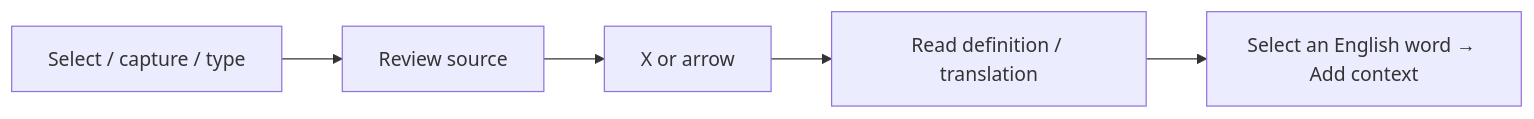
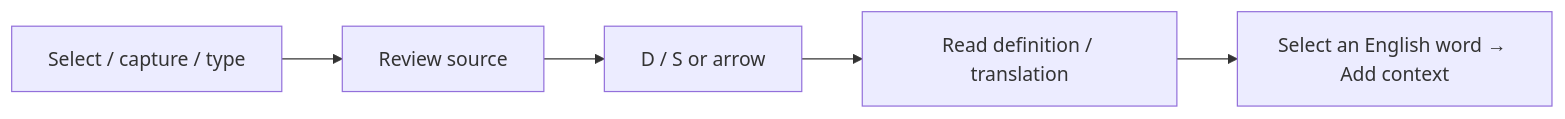
The diagram in README.md (conanxyz/yurelay), drawn with Mermaid before and after one commit. The commit also changed other lines of this file and 38 other files, not shown here.

````diff
--- a/README.md
+++ b/README.md
@@ -34,7 +54,7 @@
 ```mermaid
 flowchart LR
     A["Select / capture / type"] --> B["Review source"]
-    B --> C["X or arrow"]
+    B --> C["D / S or arrow"]
     C --> D["Read definition / translation"]
     D --> E["Select an English word → Add context"]
 ```
````
